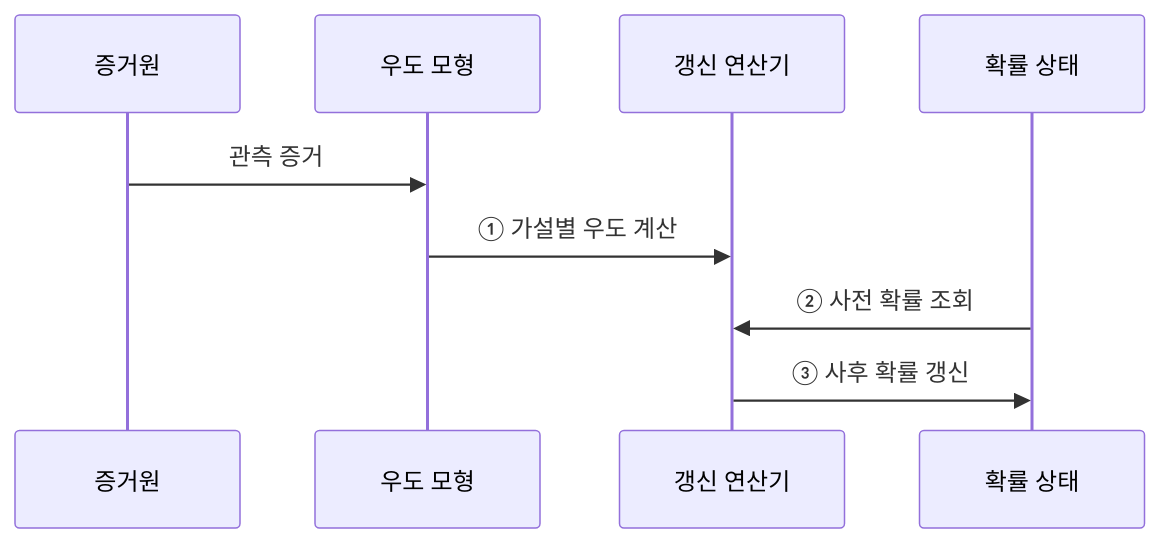
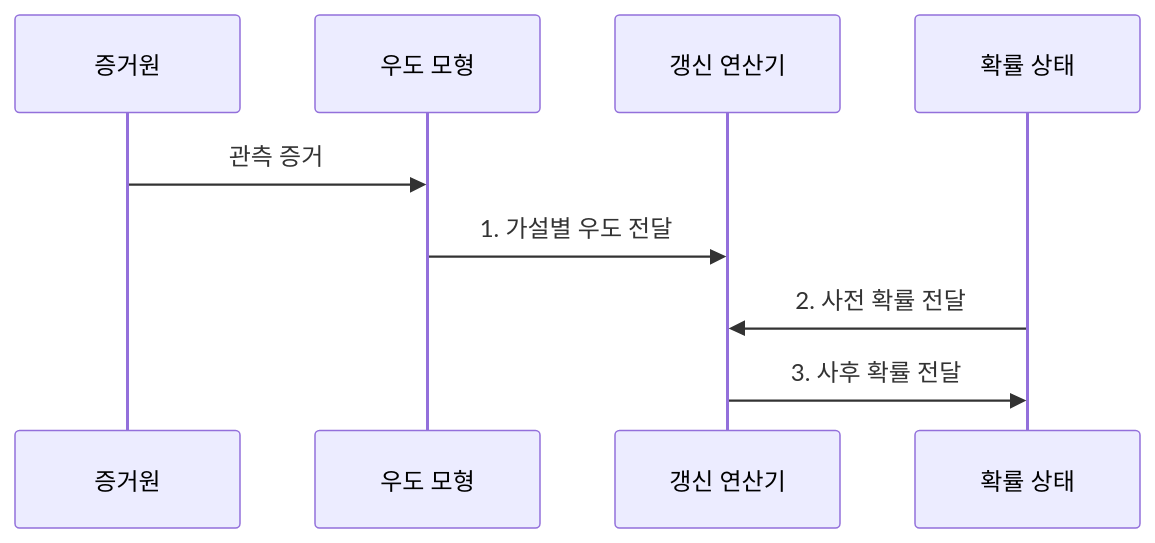
Before and after one commit to agnusdei1207/knowledge-base: the third of 4 diagrams in src/content/docs/notes/01-basic-theory/031_bayes_theorem.md, drawn with Mermaid. The commit also changed other lines of this file and 20 other files, not shown here.

````diff
--- a/src/content/docs/notes/01-basic-theory/031_bayes_theorem.md
+++ b/src/content/docs/notes/01-basic-theory/031_bayes_theorem.md
@@ -93,11 +94,11 @@
 ```mermaid
 sequenceDiagram
     participant E as 증거원
     participant L as 우도 모형
     participant U as 갱신 연산기
     participant P as 확률 상태
     E->>L: 관측 증거
-    L->>U: ① 가설별 우도 계산
-    P->>U: ② 사전 확률 조회
-    U->>P: ③ 사후 확률 갱신
+    L->>U: 1. 가설별 우도 전달
+    P->>U: 2. 사전 확률 전달
+    U->>P: 3. 사후 확률 전달
 ```
````
